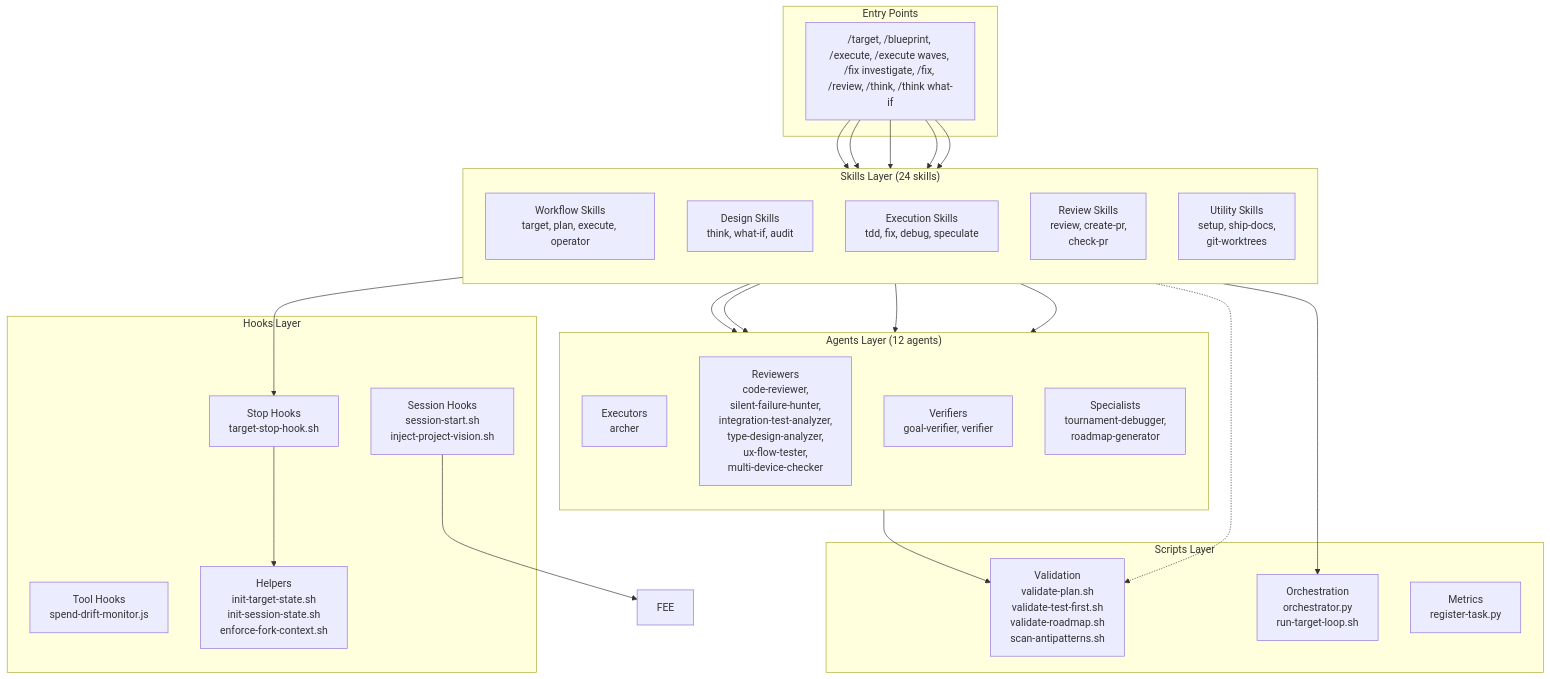
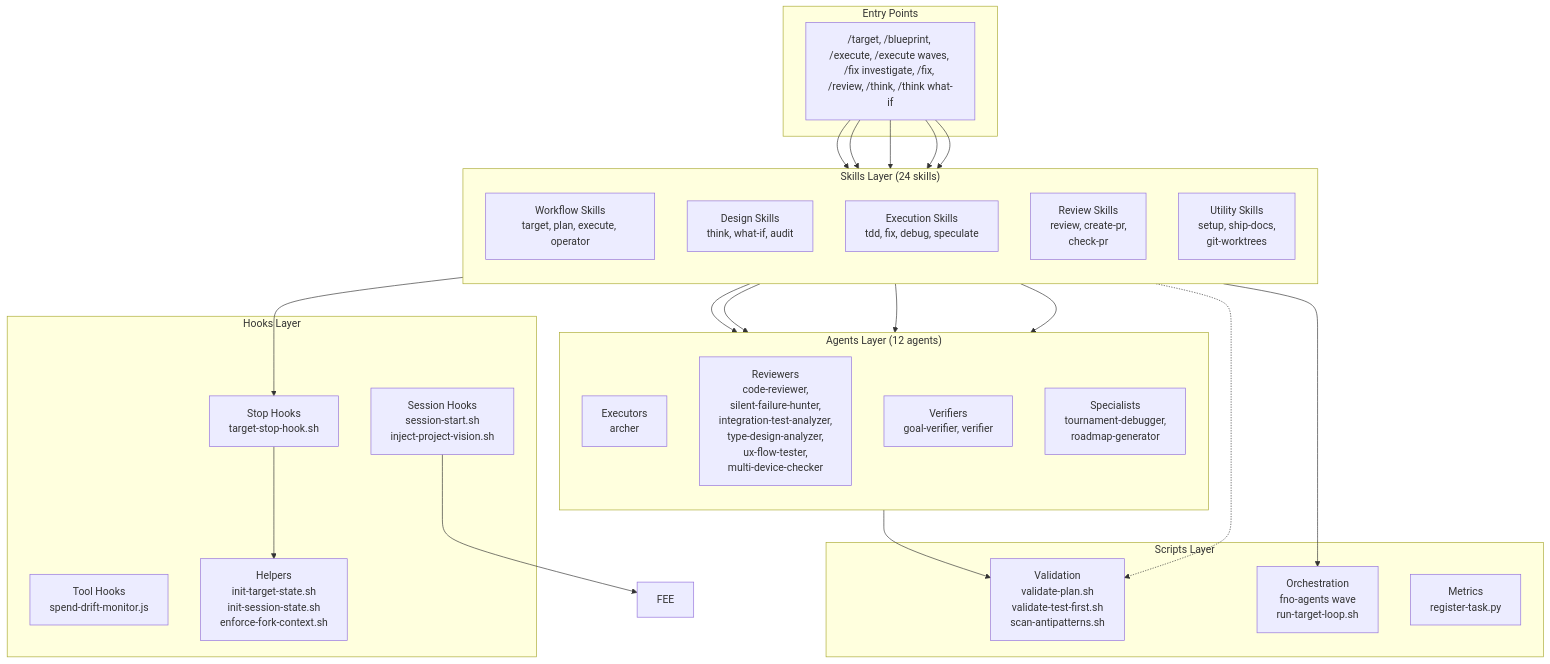
Before and after one commit to bllshttng/fno: the first of 6 diagrams in docs/system-architecture.md, drawn with Mermaid. The commit also changed other lines of this file and 337 other files, not shown here.

````diff
--- a/docs/system-architecture.md
+++ b/docs/system-architecture.md
@@ -42,55 +42,55 @@
 ```mermaid
 graph TB
     subgraph "Entry Points"
         CMD["/target, /blueprint, /execute, /execute waves, /fix investigate, /fix, /review, /think, /think what-if"]
     end
 
     subgraph "Skills Layer (24 skills)"
         direction TB
         WF["Workflow Skills<br/>target, plan, execute, operator"]
         DS["Design Skills<br/>think, what-if, audit"]
         EX["Execution Skills<br/>tdd, fix, debug, speculate"]
         RV["Review Skills<br/>review, create-pr,<br/>check-pr"]
         UT["Utility Skills<br/>setup, ship-docs,<br/>git-worktrees"]
     end
 
     subgraph "Agents Layer (12 agents)"
         direction TB
         EXEC["Executors<br/>archer"]
         REV["Reviewers<br/>code-reviewer,<br/>silent-failure-hunter,<br/>integration-test-analyzer,<br/>type-design-analyzer,<br/>ux-flow-tester,<br/>multi-device-checker"]
         VER["Verifiers<br/>goal-verifier, verifier"]
         SPEC["Specialists<br/>tournament-debugger,<br/>roadmap-generator"]
     end
 
     subgraph "Hooks Layer"
         STOP["Stop Hooks<br/>target-stop-hook.sh"]
         SESS["Session Hooks<br/>session-start.sh<br/>inject-project-vision.sh"]
         TOOL["Tool Hooks<br/>spend-drift-monitor.js"]
         HELP["Helpers<br/>init-target-state.sh<br/>init-session-state.sh<br/>enforce-fork-context.sh"]
     end
 
     subgraph "Scripts Layer"
-        VAL["Validation<br/>validate-plan.sh<br/>validate-test-first.sh<br/>validate-roadmap.sh<br/>scan-antipatterns.sh"]
-        ORC["Orchestration<br/>orchestrator.py<br/>run-target-loop.sh"]
+        VAL["Validation<br/>validate-plan.sh<br/>validate-test-first.sh<br/>scan-antipatterns.sh"]
+        ORC["Orchestration<br/>fno-agents wave<br/>run-target-loop.sh"]
         MET["Metrics<br/>register-task.py"]
     end
 
     CMD --> WF
     CMD --> DS
     CMD --> EX
     CMD --> RV
     CMD --> UT
 
     WF --> EXEC
     WF --> VER
     RV --> REV
     EX --> EXEC
     DS -.-> VAL
 
     WF --> ORC
     WF --> STOP
     SESS --> FEE
     STOP --> HELP
 
     EXEC --> VAL
 ```
````
